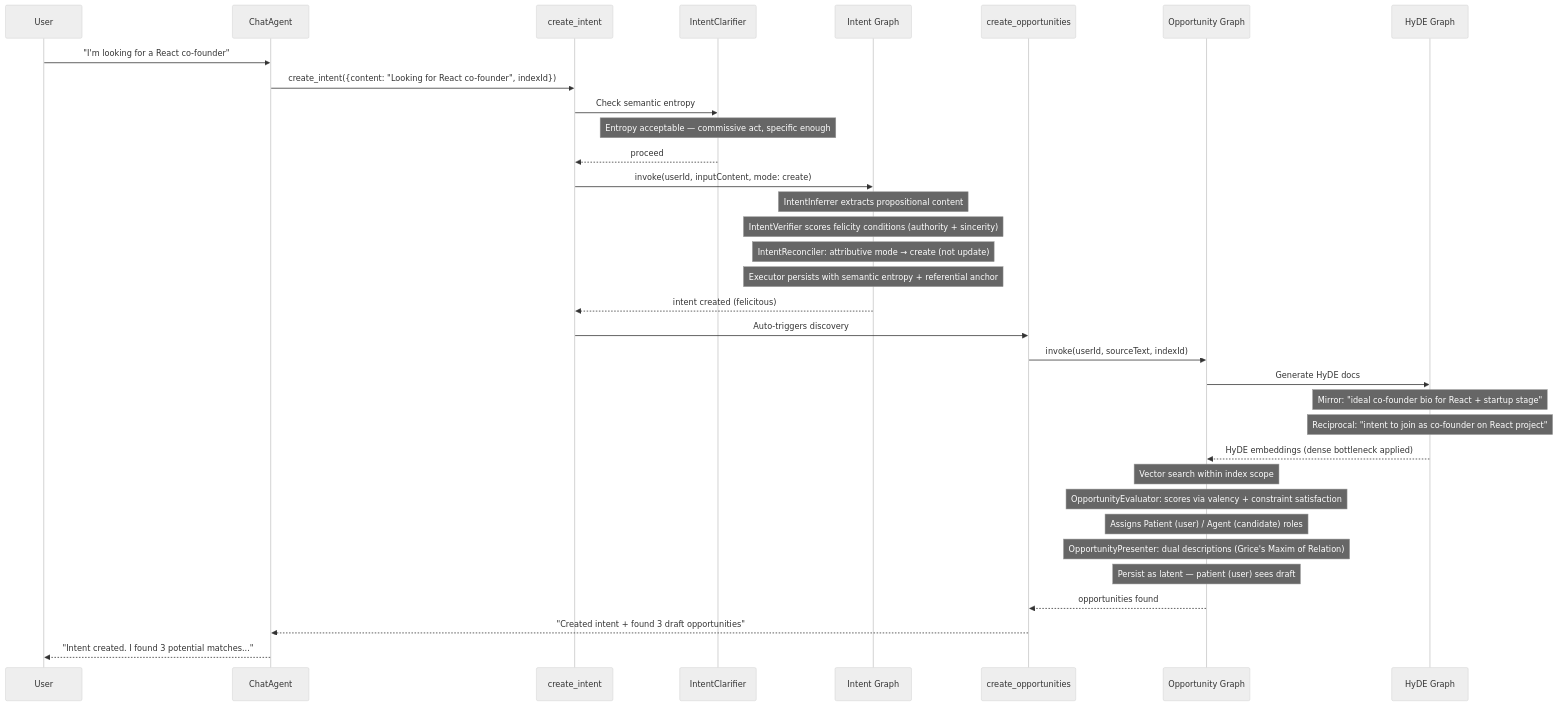
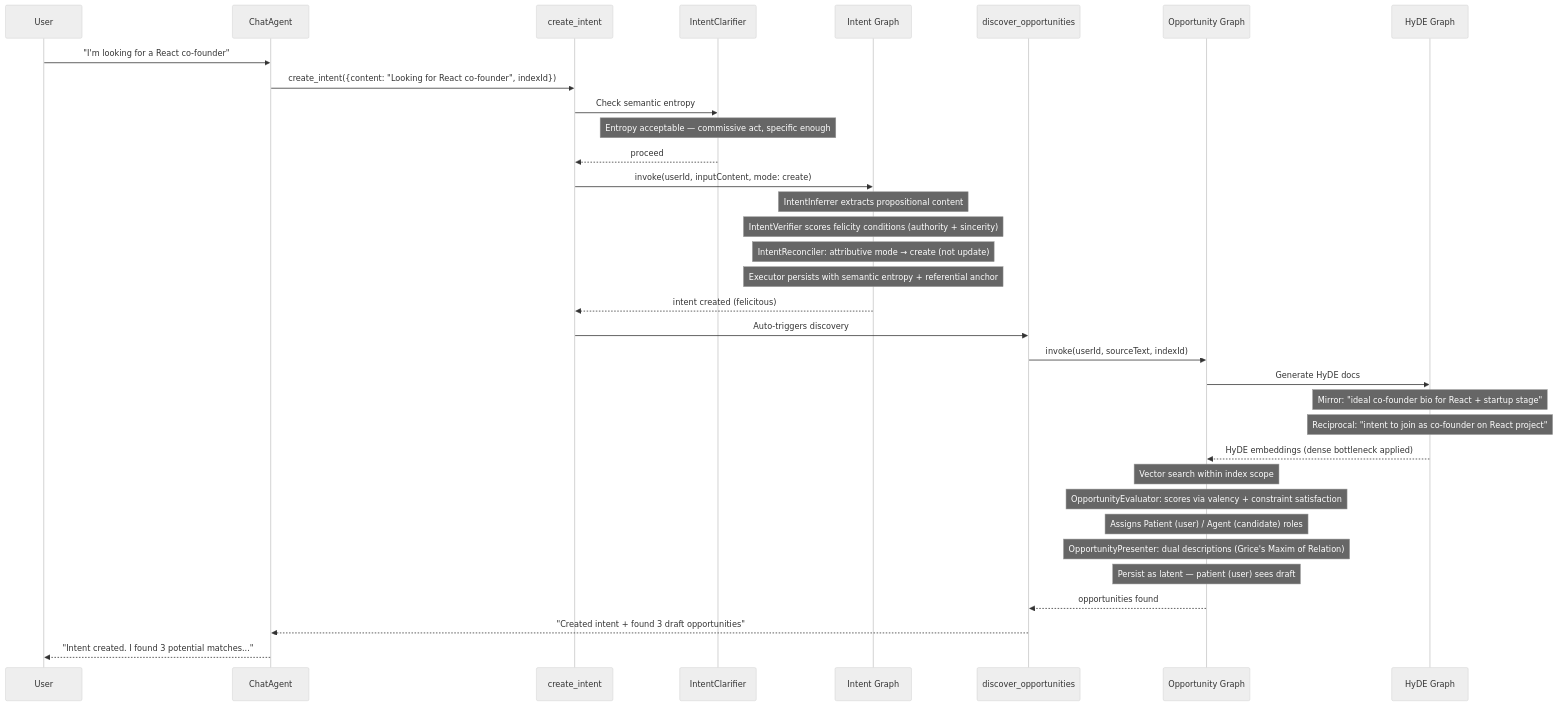
The fourth of 5 diagrams in packages/protocol/src/README.md (yanekyuk/index), drawn with Mermaid (neutral theme) before and after one commit. The commit also changed other lines of this file and 28 other files, not shown here.

First line of the commit message:
refactor: finish discover_opportunities rename across cli, frontend, plugins, edgeclaw, docs

````diff
--- a/packages/protocol/src/README.md
+++ b/packages/protocol/src/README.md
@@ -215,43 +215,43 @@
 ```mermaid
 sequenceDiagram
     participant User
     participant Agent as ChatAgent
     participant CI as create_intent
     participant IC as IntentClarifier
     participant IG as Intent Graph
-    participant CO as create_opportunities
+    participant CO as discover_opportunities
     participant OG as Opportunity Graph
     participant HG as HyDE Graph
 
     User->>Agent: "I'm looking for a React co-founder"
     Agent->>CI: create_intent({content: "Looking for React co-founder", indexId})
 
     CI->>IC: Check semantic entropy
     Note over IC: Entropy acceptable — commissive act, specific enough
     IC-->>CI: proceed
 
     CI->>IG: invoke(userId, inputContent, mode: create)
     Note over IG: IntentInferrer extracts propositional content
     Note over IG: IntentVerifier scores felicity conditions (authority + sincerity)
     Note over IG: IntentReconciler: attributive mode → create (not update)
     Note over IG: Executor persists with semantic entropy + referential anchor
 
     IG-->>CI: intent created (felicitous)
     CI->>CO: Auto-triggers discovery
     CO->>OG: invoke(userId, sourceText, indexId)
 
     OG->>HG: Generate HyDE docs
     Note over HG: Mirror: "ideal co-founder bio for React + startup stage"
     Note over HG: Reciprocal: "intent to join as co-founder on React project"
     HG-->>OG: HyDE embeddings (dense bottleneck applied)
 
     Note over OG: Vector search within index scope
     Note over OG: OpportunityEvaluator: scores via valency + constraint satisfaction
     Note over OG: Assigns Patient (user) / Agent (candidate) roles
     Note over OG: OpportunityPresenter: dual descriptions (Grice's Maxim of Relation)
     Note over OG: Persist as latent — patient (user) sees draft
 
     OG-->>CO: opportunities found
     CO-->>Agent: "Created intent + found 3 draft opportunities"
     Agent-->>User: "Intent created. I found 3 potential matches..."
 ```
````
